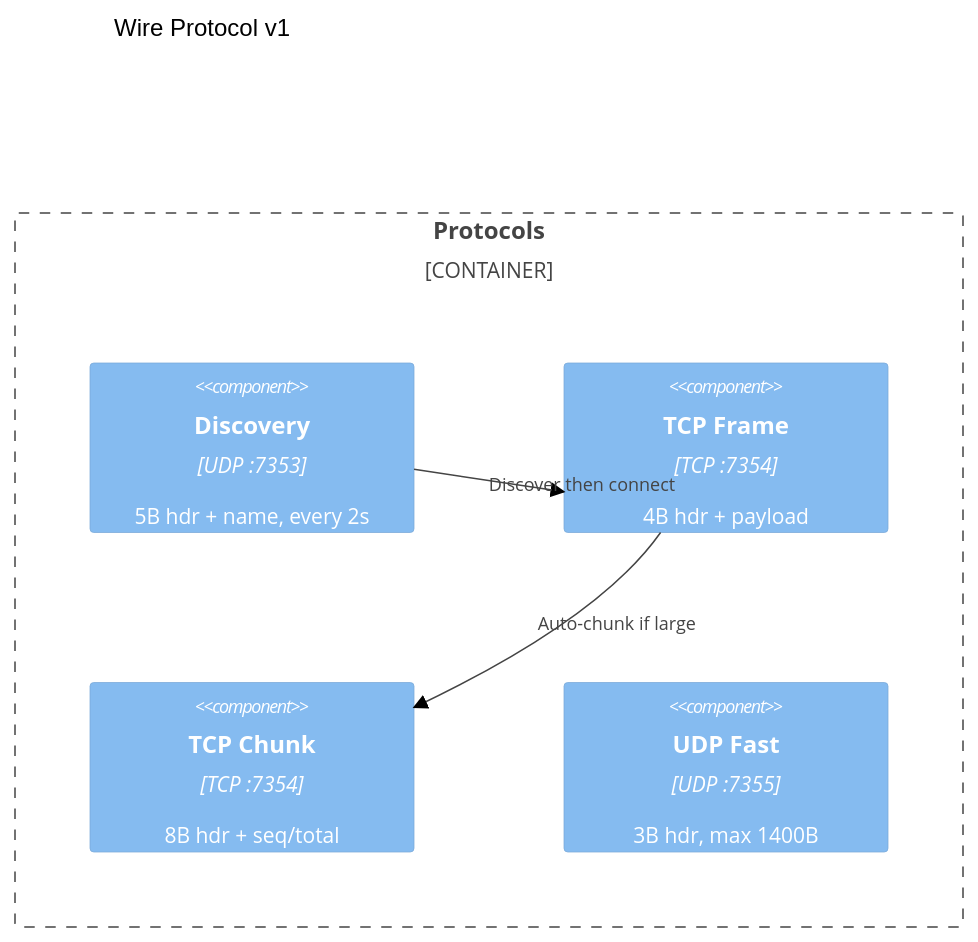
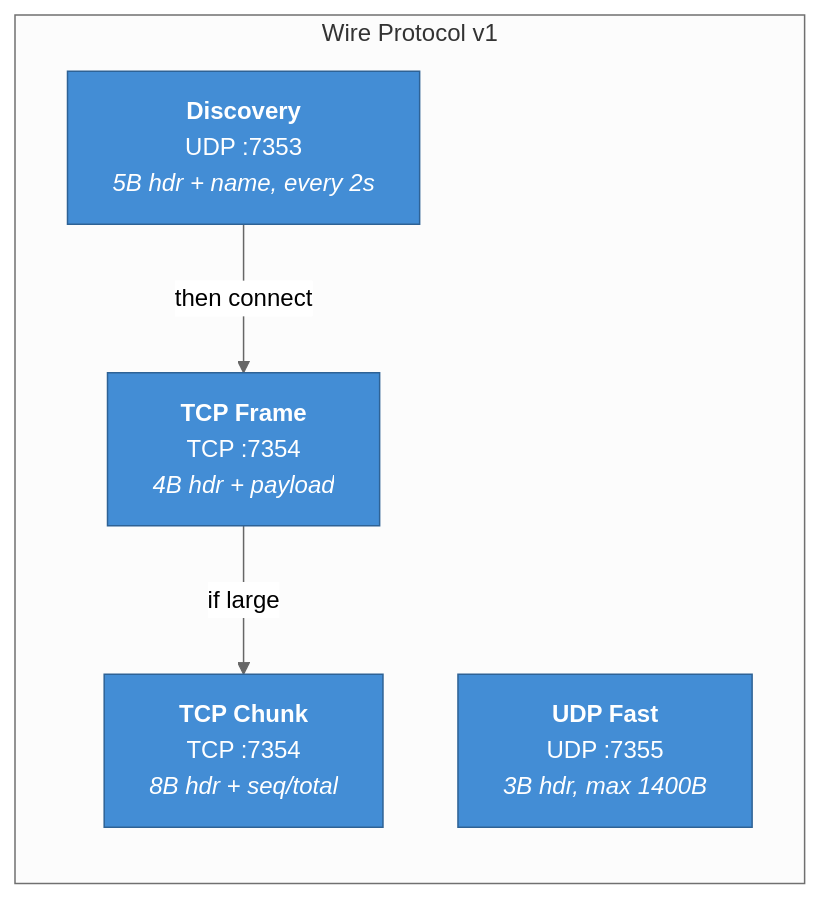
Before and after one commit to matthewdeaves/peertalk: the sixth of 7 diagrams in ARCHITECTURE.md, drawn with Mermaid (neutral theme). The commit also changed other lines of this file and 1 other file, not shown here.

First line of the commit message:
docs: Switch to standard Mermaid flowcharts for all diagrams

````diff
--- a/ARCHITECTURE.md
+++ b/ARCHITECTURE.md
@@ -124,14 +145,17 @@
 ```mermaid
-C4Component
-    title Wire Protocol v1
+graph LR
+    subgraph wire ["Wire Protocol v1"]
+        disc["<b>Discovery</b><br/>UDP :7353<br/><i>5B hdr + name, every 2s</i>"]
+        tcp["<b>TCP Frame</b><br/>TCP :7354<br/><i>4B hdr + payload</i>"]
+        chunk["<b>TCP Chunk</b><br/>TCP :7354<br/><i>8B hdr + seq/total</i>"]
+        udp["<b>UDP Fast</b><br/>UDP :7355<br/><i>3B hdr, max 1400B</i>"]
+    end
 
-    Container_Boundary(wire, "Protocols") {
-        Component(discovery, "Discovery", "UDP :7353", "5B hdr + name, every 2s")
-        Component(tcp_frame, "TCP Frame", "TCP :7354", "4B hdr + payload")
-        Component(tcp_chunk, "TCP Chunk", "TCP :7354", "8B hdr + seq/total")
-        Component(udp_fast, "UDP Fast", "UDP :7355", "3B hdr, max 1400B")
-    }
+    disc -->|"then connect"| tcp
+    tcp -->|"if large"| chunk
 
-    Rel(discovery, tcp_frame, "Discover then connect")
-    Rel(tcp_frame, tcp_chunk, "Auto-chunk if large")
+    style disc fill:#438dd5,stroke:#2e6295,color:#fff
+    style tcp fill:#438dd5,stroke:#2e6295,color:#fff
+    style chunk fill:#438dd5,stroke:#2e6295,color:#fff
+    style udp fill:#438dd5,stroke:#2e6295,color:#fff
 ```
````
